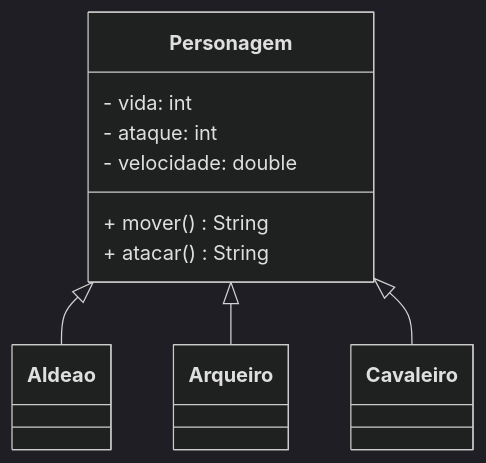
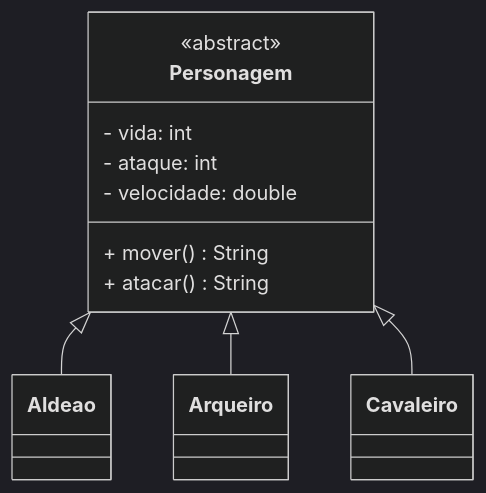
Before and after one commit to arthurabdala-ifsc/POO: the diagram in java-of-empires/README.md, drawn with Mermaid (dark theme). The commit also changed 1 other file, not shown here.

Commit message:
Tornando a classe Personagem.java como abstrata

````diff
--- a/java-of-empires/README.md
+++ b/java-of-empires/README.md
@@ -3,27 +3,28 @@
 ```mermaid
 classDiagram
     class Personagem{
+        <<abstract>>
         - vida: int
         - ataque: int
         - velocidade: double
         + mover() String
         + atacar() String
     }
     
     class Aldeao{
         
     }
     
     class Arqueiro{
         
     }
     
     class Cavaleiro{
         
     }
     
     Personagem <|-- Aldeao
     Personagem <|-- Arqueiro
     Personagem <|-- Cavaleiro
 
 ```
````
